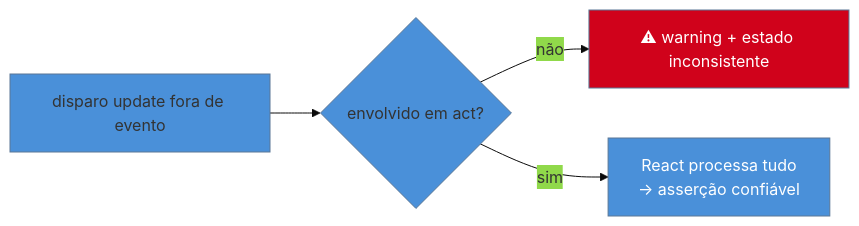
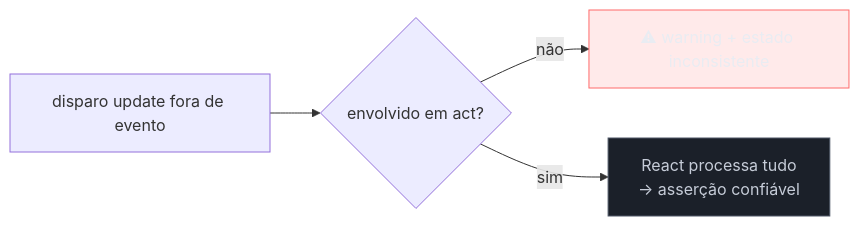
Before and after one commit to josenaldo/codex-technomanticus: the diagram in 03-Dominios/Tecnologia/Testes JS/10 - Testando hooks e estado.md, drawn with Mermaid. The commit also changed 1181 other files, not shown here.

First line of the commit message:
fix(diagramas): paleta do sistema no lugar de cor cravada no markdown

````diff
--- a/03-Dominios/Tecnologia/Testes JS/10 - Testando hooks e estado.md
+++ b/03-Dominios/Tecnologia/Testes JS/10 - Testando hooks e estado.md
@@ -65,9 +65,10 @@
 ```mermaid
-%%{init: {"theme": "base", "themeVariables": {"primaryColor": "#4A90D9"}}}%%
 graph LR
+    classDef falha fill:#FF6B6B24,stroke:#FF6B6B,color:#E9ECF2
+    classDef neutro fill:#1B2029,stroke:#4E5666,color:#C6CCD8
     A[disparo update fora de evento] --> B{envolvido em act?}
     B -->|não| C["⚠ warning + estado inconsistente"]
     B -->|sim| D["React processa tudo<br/>→ asserção confiável"]
-    style C fill:#D0021B,color:#fff
-    style D fill:#4A90D9,color:#fff
+    class C falha
+    class D neutro
 ```
````
